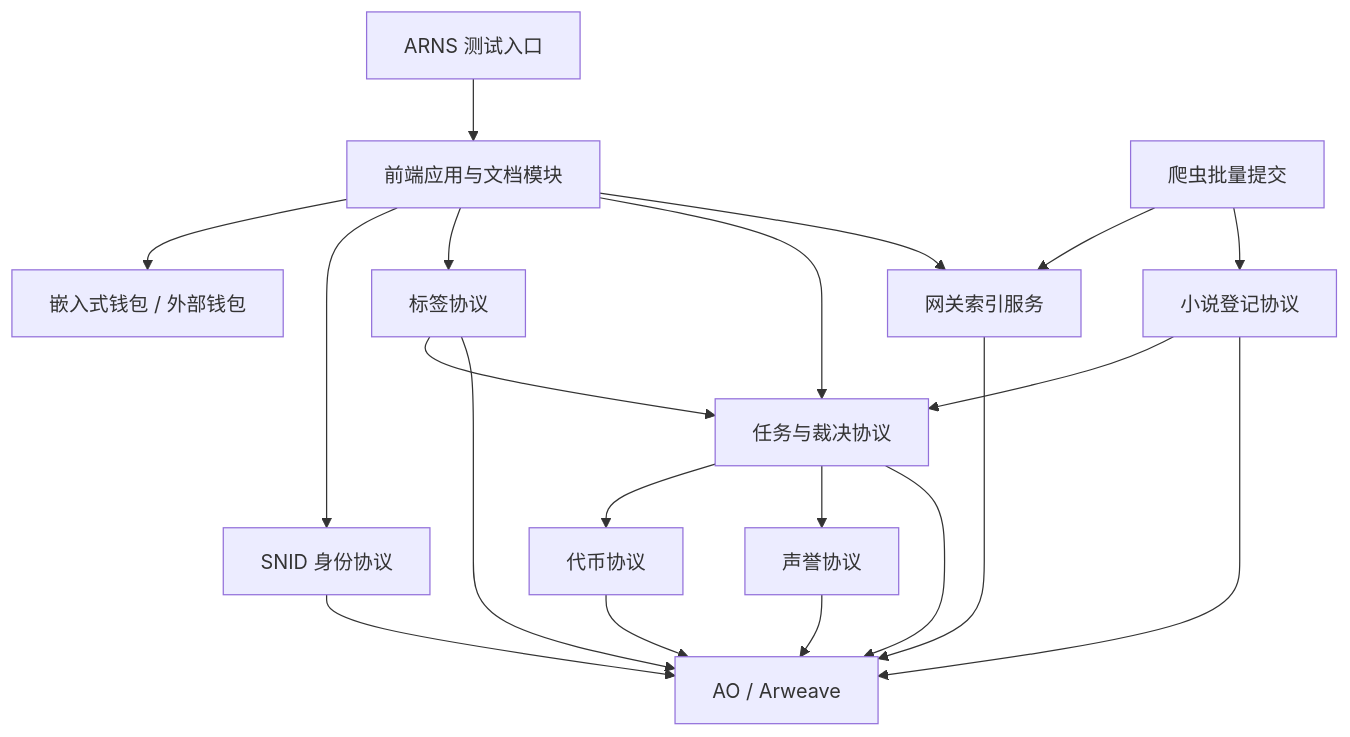
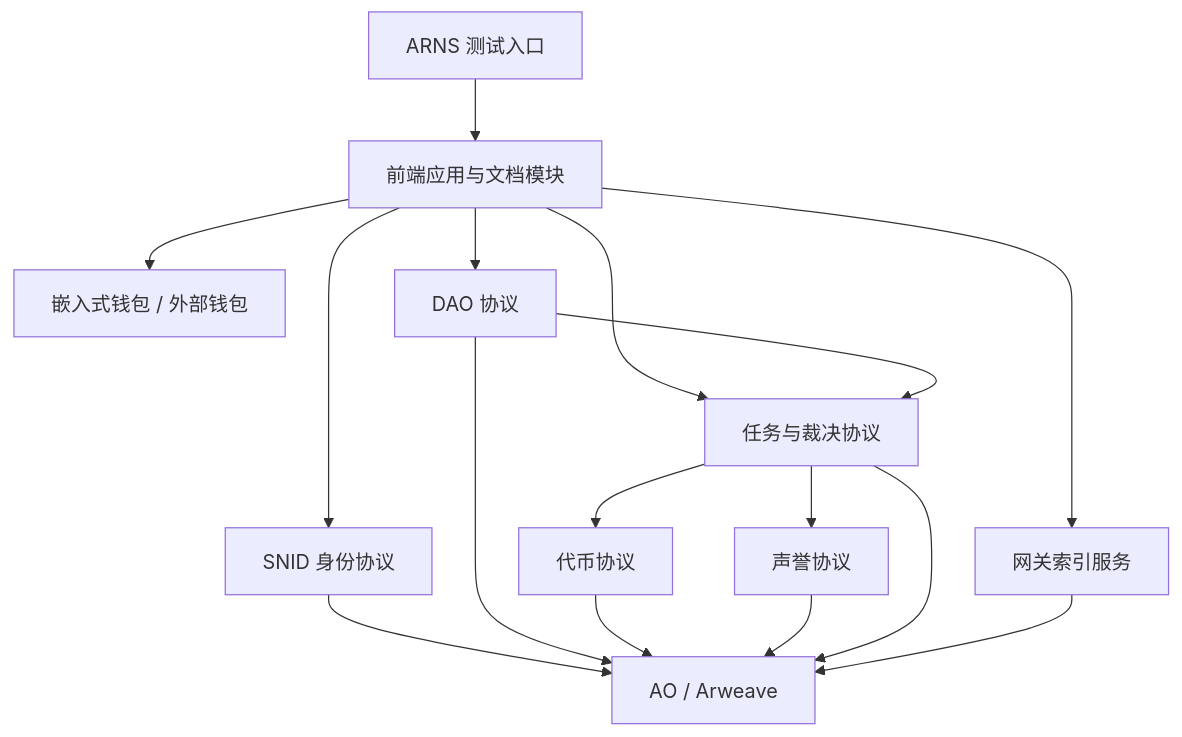
The diagram in 第一阶段最小可运行闭环设计.md (shennongdao/shennong), drawn with Mermaid before and after one commit. The commit also changed other lines of this file and 2 other files, not shown here.

````diff
--- a/第一阶段最小可运行闭环设计.md
+++ b/第一阶段最小可运行闭环设计.md
@@ -167,35 +185,29 @@
 ```mermaid
 flowchart TB
   入口["ARNS 测试入口"]
   前端["前端应用与文档模块"]
   钱包["嵌入式钱包 / 外部钱包"]
   身份["SNID 身份协议"]
-  小说["小说登记协议"]
-  标签["标签协议"]
+  DAO["DAO 协议"]
   代币["代币协议"]
   声誉["声誉协议"]
   任务["任务与裁决协议"]
   网关["网关索引服务"]
-  爬虫["爬虫批量提交"]
   存储["AO / Arweave"]
 
   入口 --> 前端
   前端 --> 钱包
   前端 --> 身份
-  前端 --> 标签
+  前端 --> DAO
   前端 --> 任务
   前端 --> 网关
-  爬虫 --> 网关
-  爬虫 --> 小说
-  小说 --> 任务
-  标签 --> 任务
+  DAO --> 任务
   任务 --> 代币
   任务 --> 声誉
   身份 --> 存储
-  小说 --> 存储
-  标签 --> 存储
+  DAO --> 存储
   代币 --> 存储
   声誉 --> 存储
   任务 --> 存储
   网关 --> 存储
 ```
````
